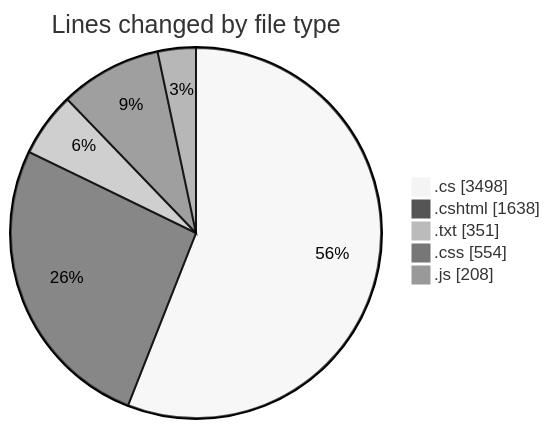
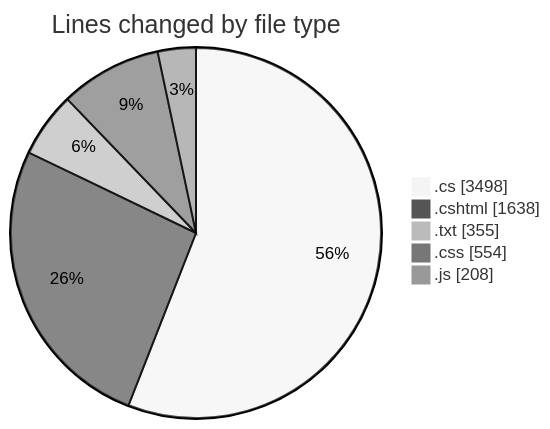
One commit to lephambinh05/code-tracking changed the first of 2 diagrams in 2025-07-28/quanlyrapchieuphim-1/README.md. Above: the diagram before and after it, drawn with Mermaid (neutral theme). The commit also changed other lines of this file and 1 other file, not shown here.

````diff
--- a/2025-07-28/quanlyrapchieuphim-1/README.md
+++ b/2025-07-28/quanlyrapchieuphim-1/README.md
@@ -36,9 +36,9 @@
 ```mermaid
 pie showData
 title Lines changed by file type
 ".cs" : 3498
 ".cshtml" : 1638
-".txt" : 351
+".txt" : 355
 ".css" : 554
 ".js" : 208
 ```
````
